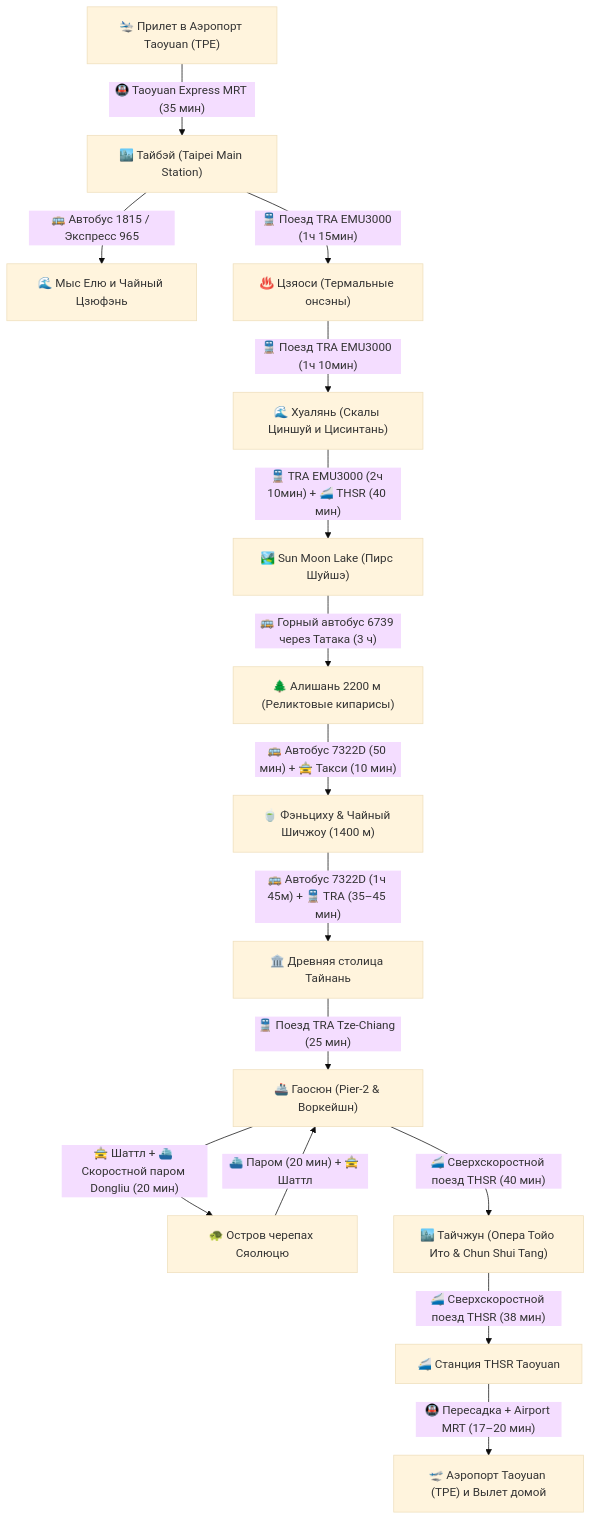
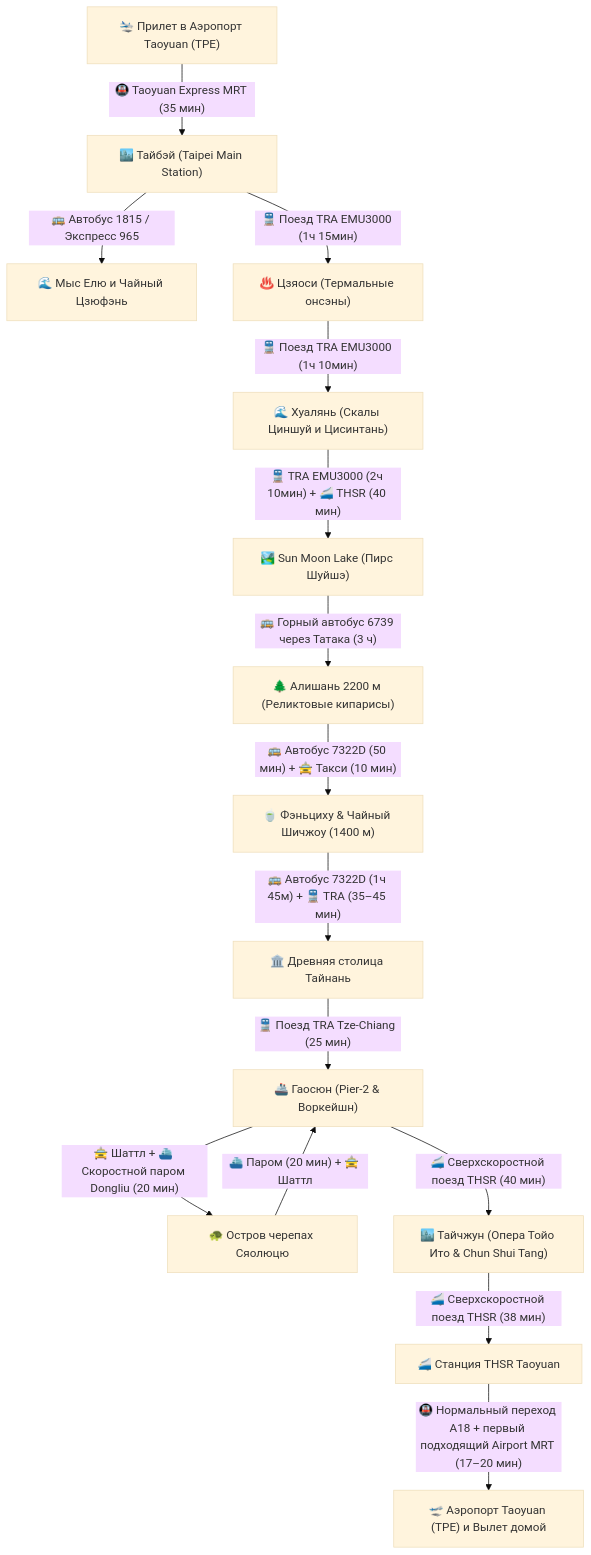
Before and after one commit to injurka/obsidian-mark: the diagram in Personal Note/Travel/-- Taiwan/03 - Бронирования/Транспорт.md, drawn with Mermaid (base theme). The commit also changed other lines of this file and 7 other files, not shown here.

````diff
--- a/Personal Note/Travel/-- Taiwan/03 - Бронирования/Транспорт.md
+++ b/Personal Note/Travel/-- Taiwan/03 - Бронирования/Транспорт.md
@@ -9,16 +9,16 @@
 ```mermaid
 flowchart TD
     A["🛬 Прилет в Аэропорт Taoyuan (TPE)"] -->|"🚇 Taoyuan Express MRT (35 мин)"| B["🏙️ Тайбэй (Taipei Main Station)"]
     B -->|"🚌 Автобус 1815 / Экспресс 965"| C["🌊 Мыс Елю и Чайный Цзюфэнь"]
     B -->|"🚆 Поезд TRA EMU3000 (1ч 15мин)"| D["♨️ Цзяоси (Термальные онсэны)"]
     D -->|"🚆 Поезд TRA EMU3000 (1ч 10мин)"| E["🌊 Хуалянь (Скалы Циншуй и Цисинтань)"]
     E -->|"🚆 TRA EMU3000 (2ч 10мин) + 🚄 THSR (40 мин)"| SML["🏞️ Sun Moon Lake (Пирс Шуйшэ)"] -->|"🚌 Горный автобус 6739 через Татака (3 ч)"| G["🌲 Алишань 2200 м (Реликтовые кипарисы)"]
     G -->|"🚌 Автобус 7322D (50 мин) + 🚖 Такси (10 мин)"| F["🍵 Фэньциху & Чайный Шичжоу (1400 м)"]
     F -->|"🚌 Автобус 7322D (1ч 45м) + 🚆 TRA (35–45 мин)"| H["🏛️ Древняя столица Тайнань"]
     H -->|"🚆 Поезд TRA Tze-Chiang (25 мин)"| I["🚢 Гаосюн (Pier-2 & Воркейшн)"]
     I -->|"🚖 Шаттл + ⛴️ Скоростной паром Dongliu (20 мин)"| J["🐢 Остров черепах Сяолюцю"]
     J -->|"⛴️ Паром (20 мин) + 🚖 Шаттл"| I
     I -->|"🚄 Сверхскоростной поезд THSR (40 мин)"| K["🏙️ Тайчжун (Опера Тойо Ито & Chun Shui Tang)"]
     K -->|"🚄 Сверхскоростной поезд THSR (38 мин)"| L["🚄 Станция THSR Taoyuan"]
-    L -->|"🚇 Пересадка + Airport MRT (17–20 мин)"| M["🛫 Аэропорт Taoyuan (TPE) и Вылет домой"]
+    L -->|"🚇 Нормальный переход A18 + первый подходящий Airport MRT (17–20 мин)"| M["🛫 Аэропорт Taoyuan (TPE) и Вылет домой"]
 ```
````
